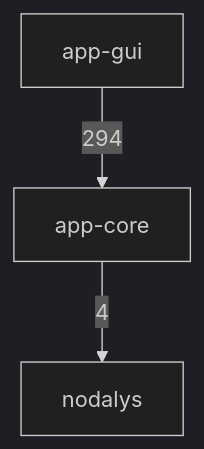
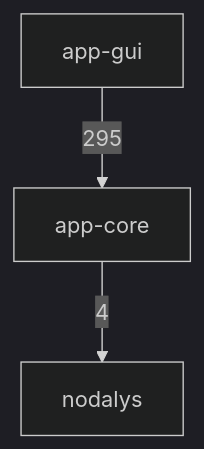
The first of 3 diagrams in docs/architecture.md (ronnymilleo/imcsim), drawn with Mermaid (dark theme) before and after one commit.

Commit message:
Update the include diagram for the split math channel modules

````diff
--- a/docs/architecture.md
+++ b/docs/architecture.md
@@ -22,8 +22,8 @@
 ```mermaid
 flowchart TD
     app_gui[app-gui]
     app_core[app-core]
     nodalys[nodalys]
     app_core -->|4| nodalys
-    app_gui -->|294| app_core
+    app_gui -->|295| app_core
 ```
````
